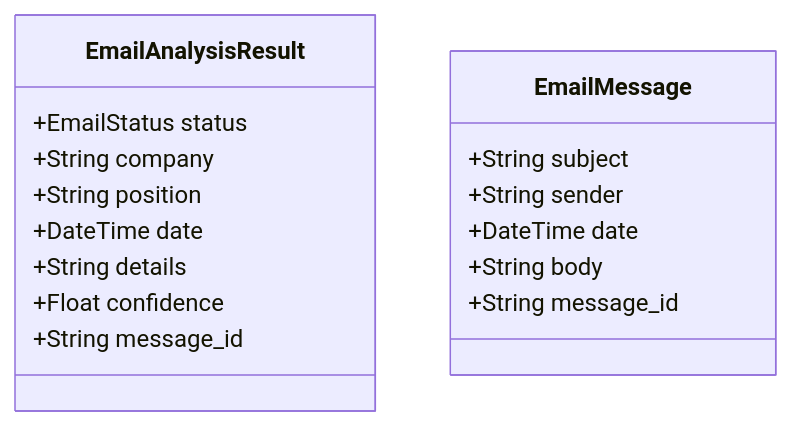
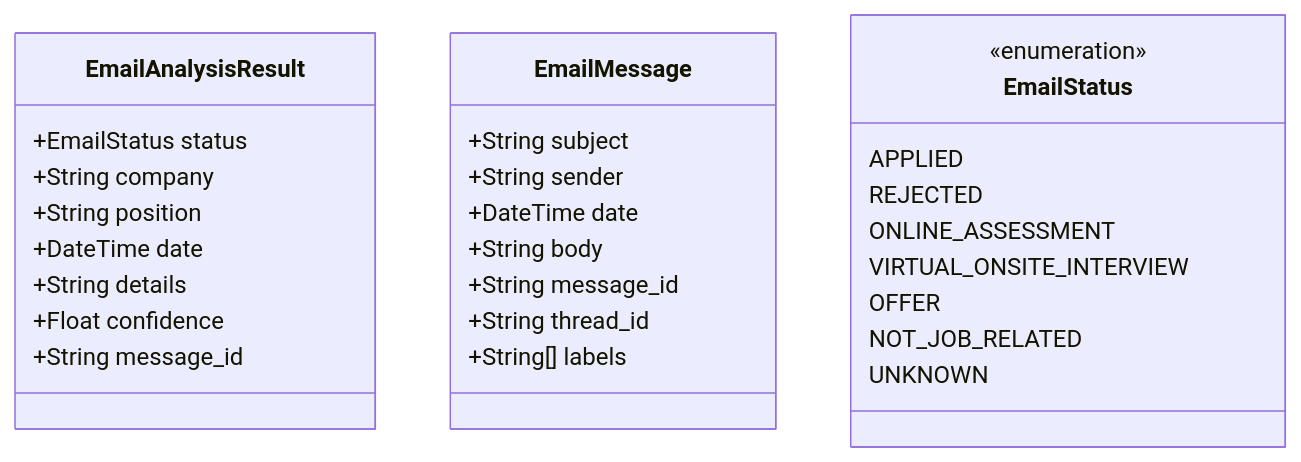
One commit to Skymore/ruit.me changed the fourth of 8 diagrams in data/blog/implementing-email-analysis-with-google-oauth.mdx. Above: the diagram before and after it, drawn with Mermaid. The commit also changed other lines of this file and 5 other files, not shown here.

````diff
--- a/data/blog/implementing-email-analysis-with-google-oauth.mdx
+++ b/data/blog/implementing-email-analysis-with-google-oauth.mdx
@@ -136,20 +193,33 @@
 ```mermaid
 classDiagram
     class EmailAnalysisResult {
         +EmailStatus status
         +String company
         +String position
         +DateTime date
         +String details
         +Float confidence
         +String message_id
     }
     
     class EmailMessage {
         +String subject
         +String sender
         +DateTime date
         +String body
         +String message_id
+        +String thread_id
+        +String[] labels
+    }
+
+    class EmailStatus {
+        <<enumeration>>
+        APPLIED
+        REJECTED
+        ONLINE_ASSESSMENT
+        VIRTUAL_ONSITE_INTERVIEW
+        OFFER
+        NOT_JOB_RELATED
+        UNKNOWN
     }
 ```
````
